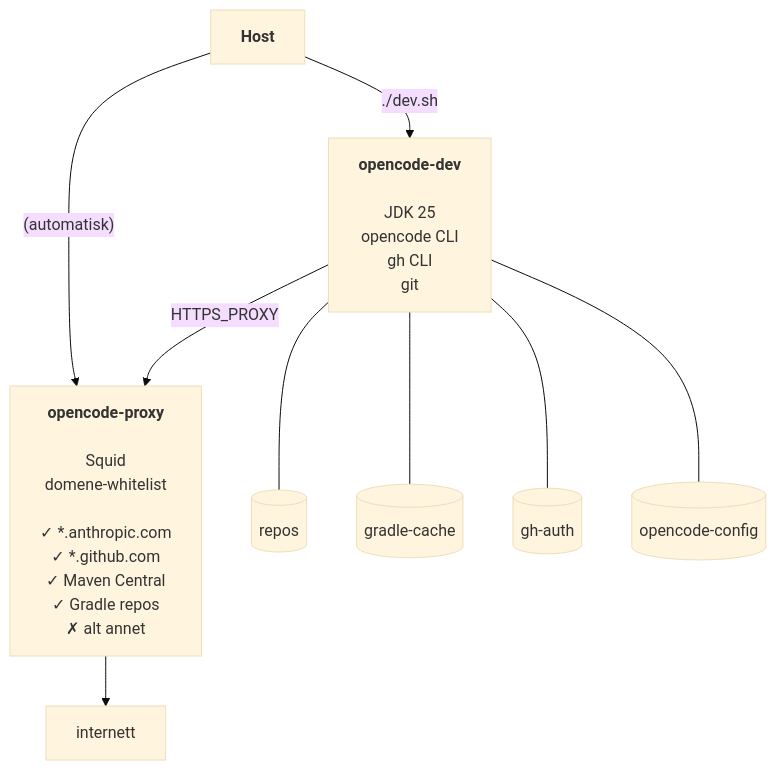
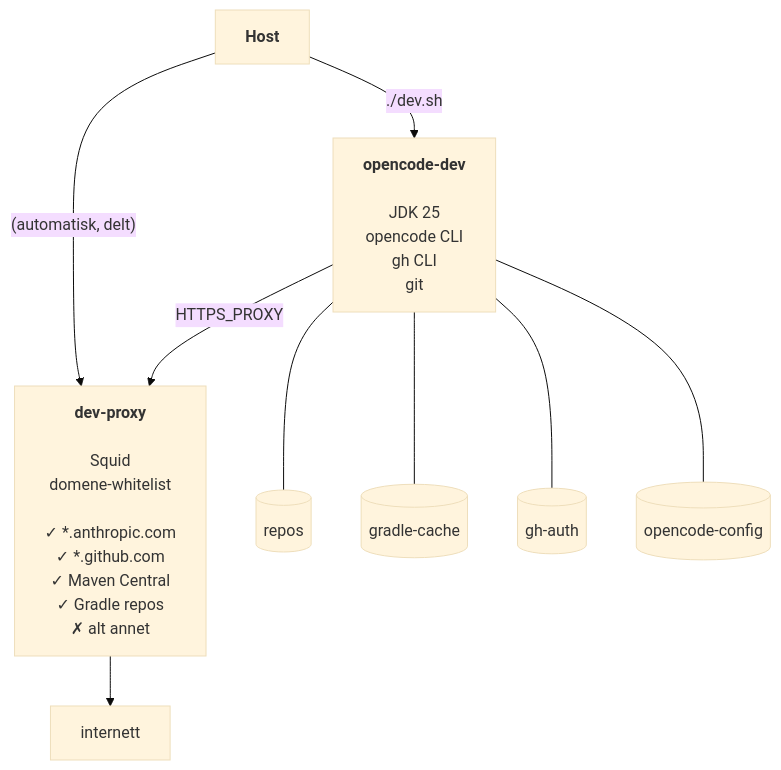
The diagram in alpine25-gradle-opencode/README.md (bekk/agentic-ai-tools), drawn with Mermaid (base theme) before and after one commit. The commit also changed other lines of this file and 10 other files, not shown here.

First line of the commit message:
Extract shared proxy, dev.sh, and compose fragments

````diff
--- a/alpine25-gradle-opencode/README.md
+++ b/alpine25-gradle-opencode/README.md
@@ -64,14 +65,14 @@
 ```mermaid
 graph TD
     host["<b>Host</b>"]
 
     host -->|"./dev.sh"| dev["<b>opencode-dev</b><br/><br/>JDK 25<br/>opencode CLI<br/>gh CLI<br/>git"]
-    host -->|"(automatisk)"| proxy["<b>opencode-proxy</b><br/><br/>Squid<br/>domene-whitelist<br/><br/>✓ *.anthropic.com<br/>✓ *.github.com<br/>✓ Maven Central<br/>✓ Gradle repos<br/>✗ alt annet"]
+    host -->|"(automatisk, delt)"| proxy["<b>dev-proxy</b><br/><br/>Squid<br/>domene-whitelist<br/><br/>✓ *.anthropic.com<br/>✓ *.github.com<br/>✓ Maven Central<br/>✓ Gradle repos<br/>✗ alt annet"]
     dev -->|"HTTPS_PROXY"| proxy
     proxy --> internet["internett"]
 
     dev --- repos[("repos")]
     dev --- gcache[("gradle-cache")]
     dev --- ghauth[("gh-auth")]
     dev --- occonfig[("opencode-config")]
 ```
````
